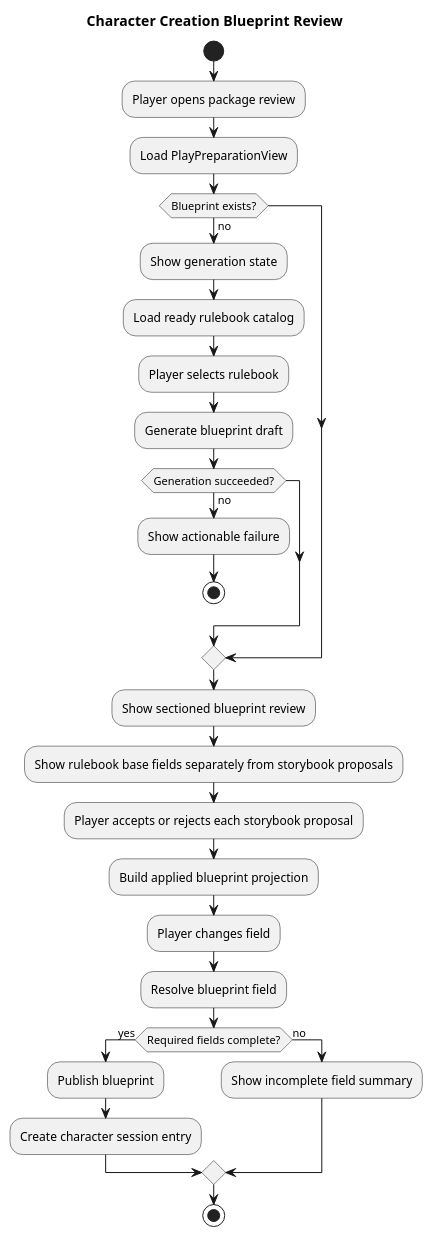
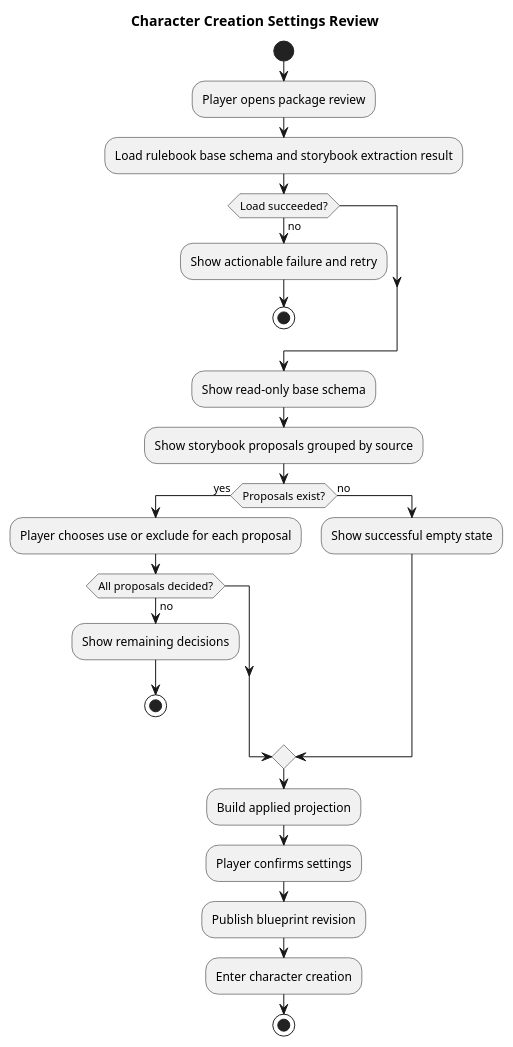
Before and after one commit to omegafrog/dnd-master: the first of 4 diagrams in docs/specs/architecture-spec.md, drawn with PlantUML. The commit also changed other lines of this file and 6 other files, not shown here.

Commit message:
docs: split character settings review into implementation slices

````diff
--- a/docs/specs/architecture-spec.md
+++ b/docs/specs/architecture-spec.md
@@ -35,31 +31,28 @@
 ```plantuml
 @startuml
-title Character Creation Blueprint Review
+title Character Creation Settings Review
 start
 :Player opens package review;
-:Load PlayPreparationView;
-if (Blueprint exists?) then (no)
-  :Show generation state;
-  :Load ready rulebook catalog;
-  :Player selects rulebook;
-  :Generate blueprint draft;
-  if (Generation succeeded?) then (no)
-    :Show actionable failure;
+:Load rulebook base schema and storybook extraction result;
+if (Load succeeded?) then (no)
+  :Show actionable failure and retry;
+  stop
+endif
+:Show read-only base schema;
+:Show storybook proposals grouped by source;
+if (Proposals exist?) then (yes)
+  :Player chooses use or exclude for each proposal;
+  if (All proposals decided?) then (no)
+    :Show remaining decisions;
     stop
   endif
+else (no)
+  :Show successful empty state;
 endif
-:Show sectioned blueprint review;
-:Show rulebook base fields separately from storybook proposals;
-:Player accepts or rejects each storybook proposal;
-:Build applied blueprint projection;
-:Player changes field;
-:Resolve blueprint field;
-if (Required fields complete?) then (yes)
-  :Publish blueprint;
-  :Create character session entry;
-else (no)
-  :Show incomplete field summary;
-endif
+:Build applied projection;
+:Player confirms settings;
+:Publish blueprint revision;
+:Enter character creation;
 stop
 @enduml
 ```
````
